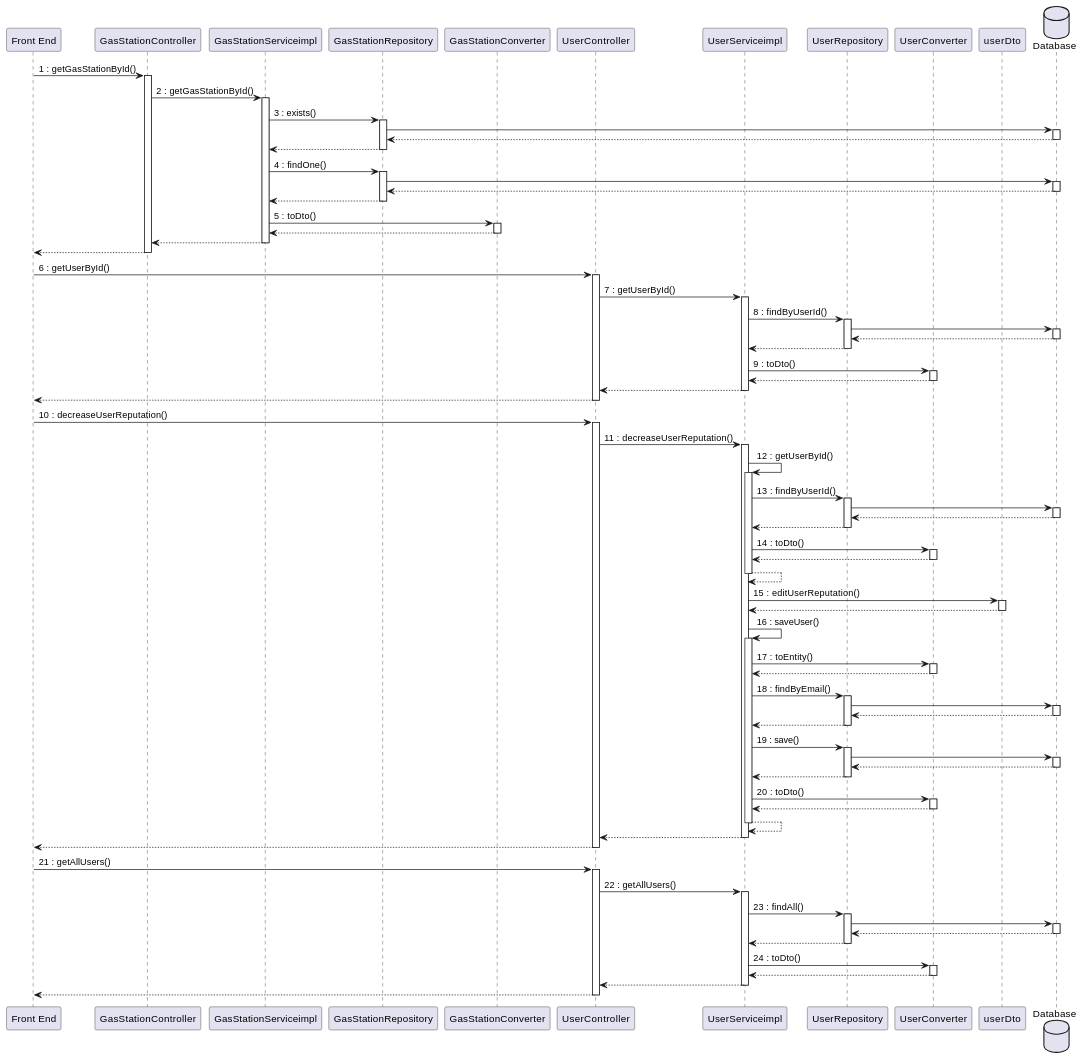
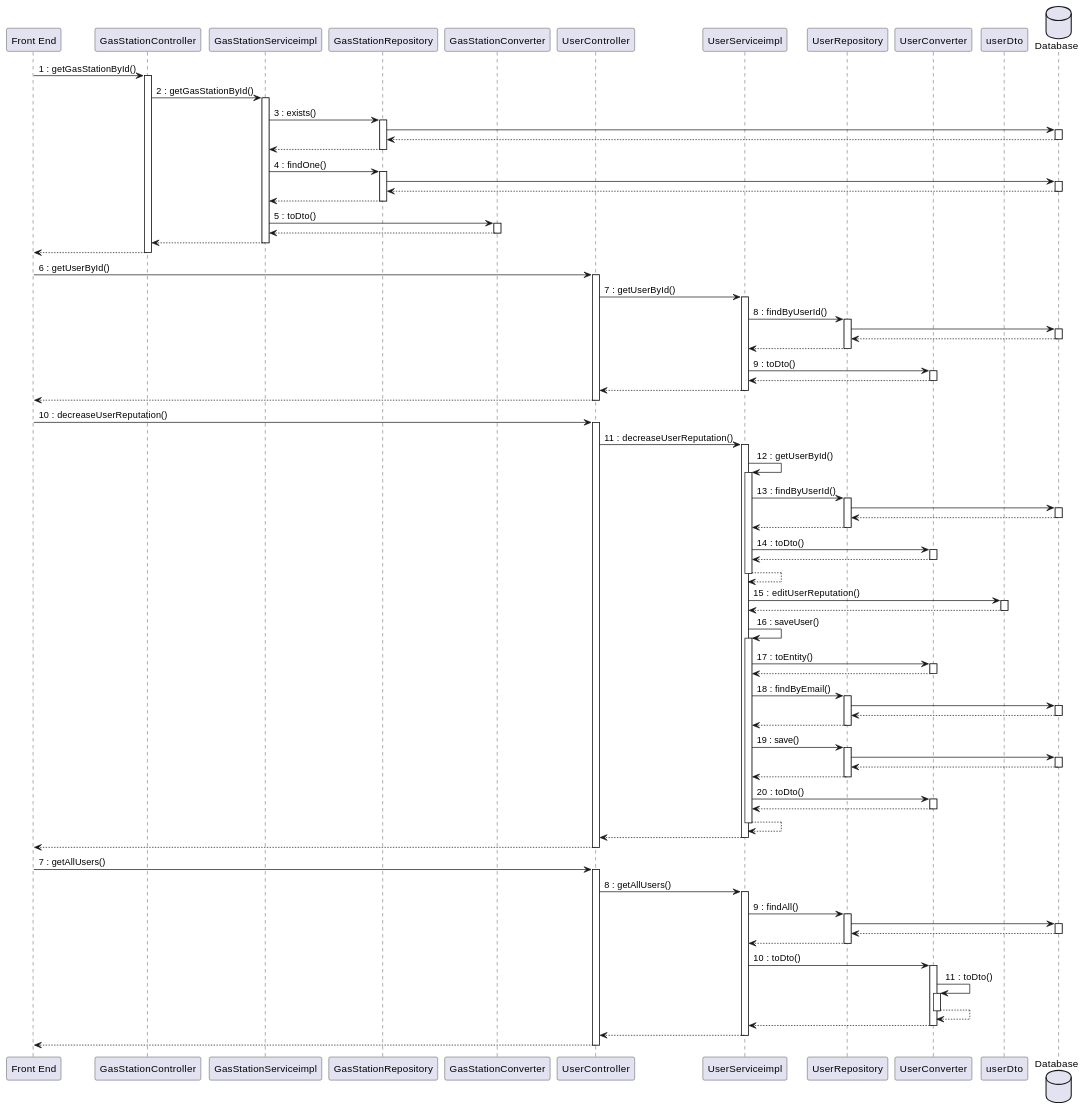
Diagram 15 of 15 in docs/DesignDocument.md (mosTavassoli/ezgas), drawn with PlantUML before and after one commit. The commit also changed other lines of this file, not shown here.

Commit message:
docs(DesignDocument): edit sequence diagram

````diff
--- a/docs/DesignDocument.md
+++ b/docs/DesignDocument.md
@@ -1171,19 +1233,22 @@
 return
 return
 
-"Front End" -> UserController:21 : getAllUsers()
+"Front End" -> UserController:7 : getAllUsers()
 activate UserController
-UserController -> UserServiceimpl:22 : getAllUsers()
+UserController -> UserServiceimpl:8 : getAllUsers()
 activate UserServiceimpl
-UserServiceimpl -> UserRepository:23 : findAll()
+UserServiceimpl -> UserRepository:9 : findAll()
 activate UserRepository
 UserRepository -> Database
 activate Database
 return
 return
-UserServiceimpl -> UserConverter:24 : toDto()
+UserServiceimpl -> UserConverter:10 : toDto()
+activate UserConverter
+UserConverter -> UserConverter:11 : toDto()
 activate UserConverter
 return
 return
 return
+return
 ```
````
